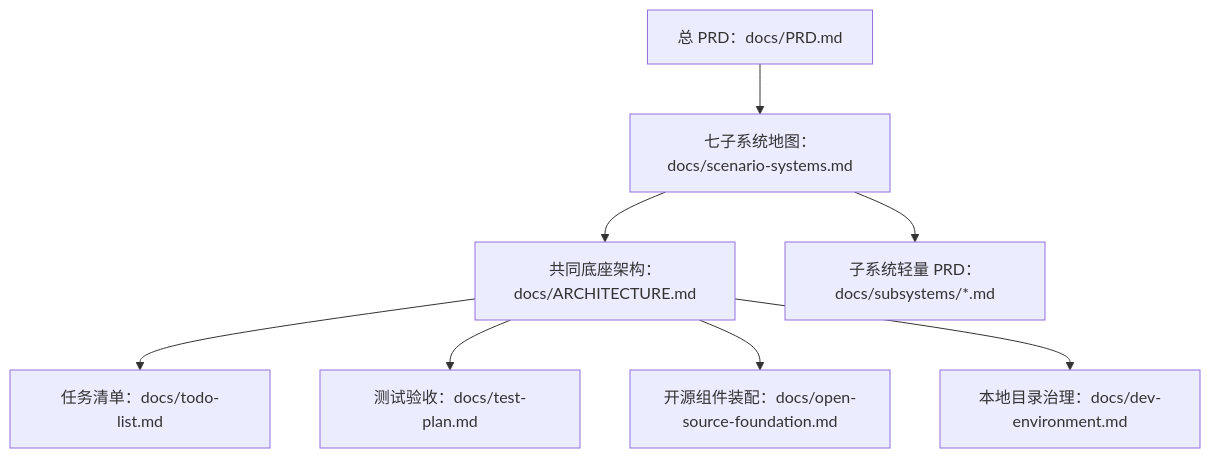
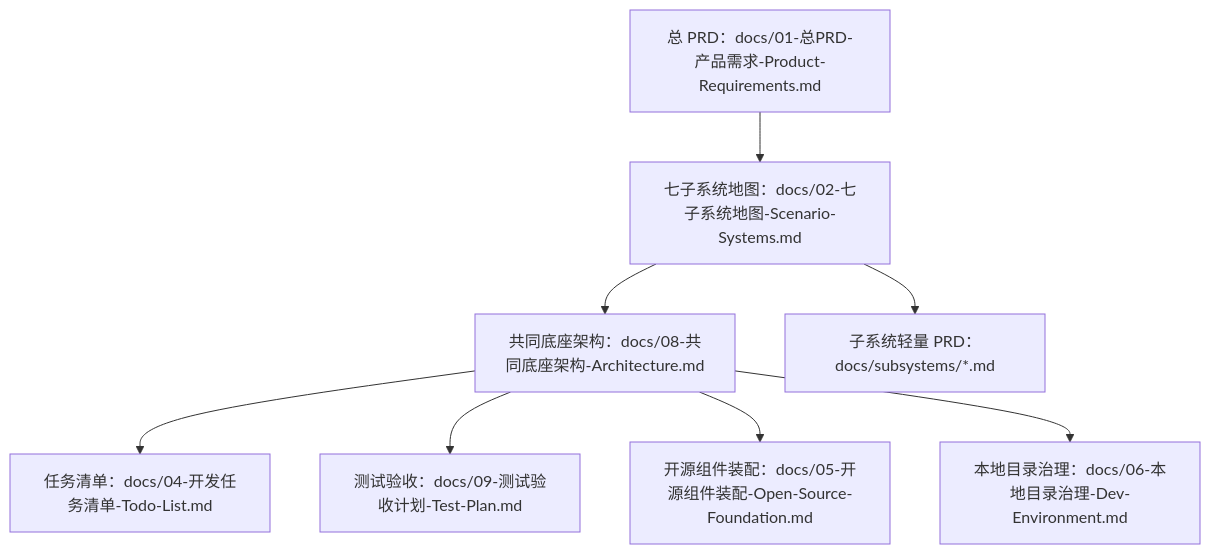
One commit to everything-is-simple/ai-studybuddy changed the diagram in docs/07-文档策略-Design-Docs-Strategy.md. Above: the diagram before and after it, drawn with Mermaid. The commit also changed other lines of this file and 3 other files, not shown here.

````diff
--- a/docs/07-文档策略-Design-Docs-Strategy.md
+++ b/docs/07-文档策略-Design-Docs-Strategy.md
@@ -43,10 +43,10 @@
 ```mermaid
 flowchart TD
-  A["总 PRD：docs/PRD.md"] --> B["七子系统地图：docs/scenario-systems.md"]
-  B --> C["共同底座架构：docs/ARCHITECTURE.md"]
-  C --> D["任务清单：docs/todo-list.md"]
-  C --> E["测试验收：docs/test-plan.md"]
-  C --> F["开源组件装配：docs/open-source-foundation.md"]
-  C --> G["本地目录治理：docs/dev-environment.md"]
+  A["总 PRD：docs/01-总PRD-产品需求-Product-Requirements.md"] --> B["七子系统地图：docs/02-七子系统地图-Scenario-Systems.md"]
+  B --> C["共同底座架构：docs/08-共同底座架构-Architecture.md"]
+  C --> D["任务清单：docs/04-开发任务清单-Todo-List.md"]
+  C --> E["测试验收：docs/09-测试验收计划-Test-Plan.md"]
+  C --> F["开源组件装配：docs/05-开源组件装配-Open-Source-Foundation.md"]
+  C --> G["本地目录治理：docs/06-本地目录治理-Dev-Environment.md"]
   B --> H["子系统轻量 PRD：docs/subsystems/*.md"]
 ```
````
